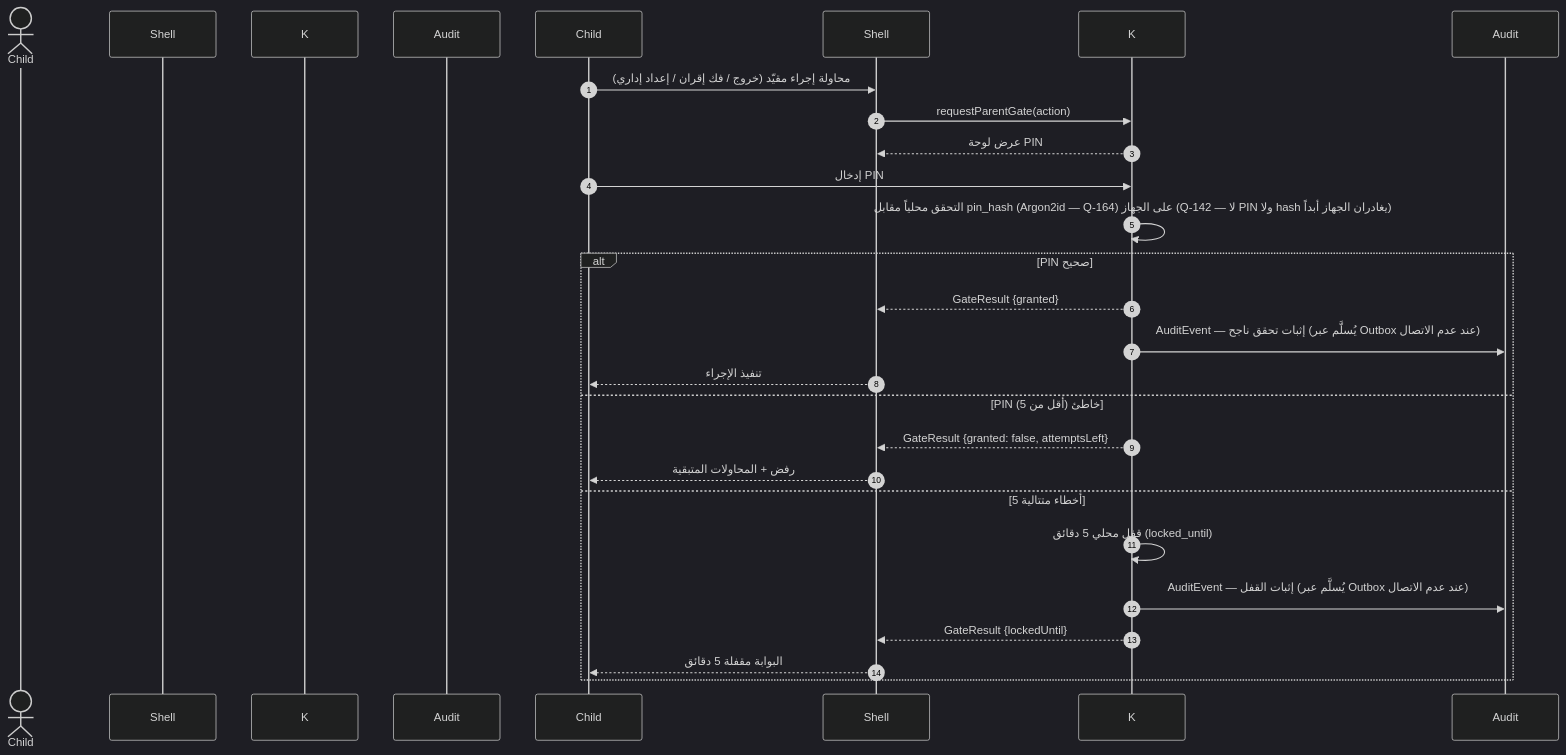
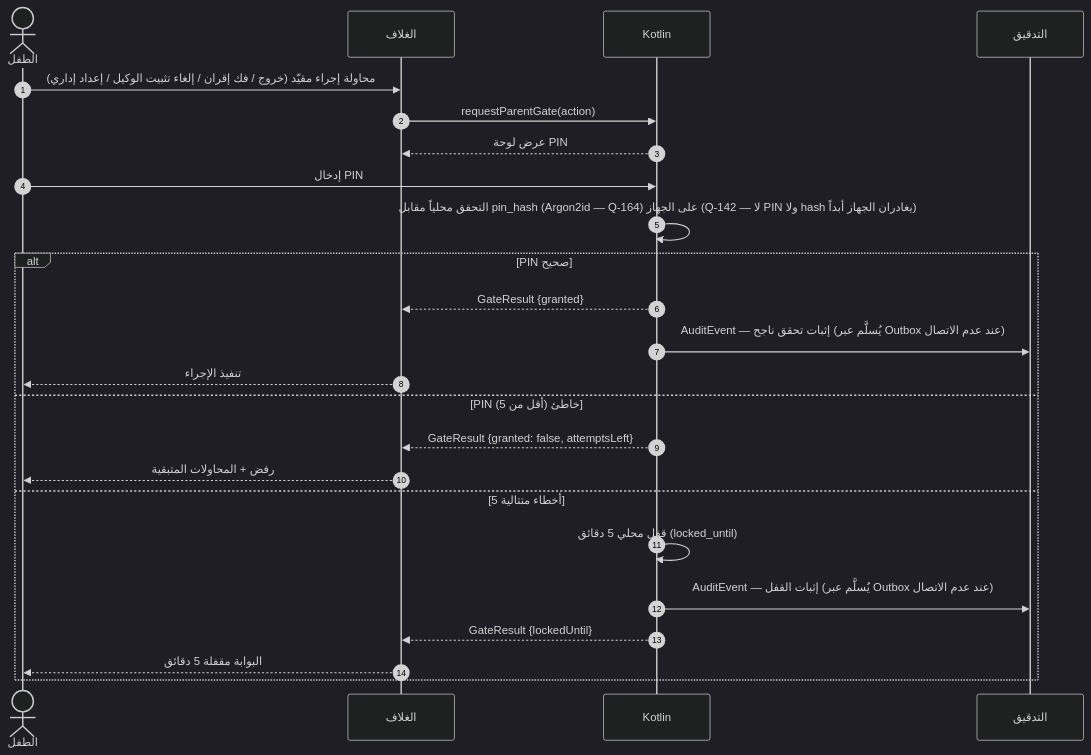
The fourth of 13 diagrams in docs/family-os/governance/phases/phase-1/S1-01-app-shell-and-platform/DIAGRAMS.md (Bassam-mohammed-alqaeadi/family-os-v2), drawn with Mermaid (dark theme) before and after one commit. The commit also changed other lines of this file and 10 other files, not shown here.

Commit message:
إغلاق المراجعة الشاملة R1–R5 (Q-196…Q-231) — المخططات DIAGRAMS + خريطة السياق (2/4)

````diff
--- a/docs/family-os/governance/phases/phase-1/S1-01-app-shell-and-platform/DIAGRAMS.md
+++ b/docs/family-os/governance/phases/phase-1/S1-01-app-shell-and-platform/DIAGRAMS.md
@@ -166,26 +172,26 @@
 ```mermaid
 sequenceDiagram
     autonumber
-    actor الطفل as Child
-    participant الغلاف as Shell
-    participant Kotlin as K
-    participant التدقيق as Audit
-    Child->>Shell: محاولة إجراء مقيّد (خروج / فك إقران / إعداد إداري)
+    actor Child as الطفل
+    participant Shell as الغلاف
+    participant K as Kotlin
+    participant Audit as التدقيق
+    Child->>Shell: محاولة إجراء مقيّد (خروج / فك إقران / إلغاء تثبيت الوكيل / إعداد إداري)
     Shell->>K: requestParentGate(action)
     K-->>Shell: عرض لوحة PIN
     Child->>K: إدخال PIN
     K->>K: التحقق محلياً مقابل pin_hash (Argon2id — Q-164) على الجهاز (Q-142 — لا PIN ولا hash يغادران الجهاز أبداً)
     alt PIN صحيح
         K-->>Shell: GateResult {granted}
         K->>Audit: AuditEvent — إثبات تحقق ناجح (يُسلَّم عبر Outbox عند عدم الاتصال)
         Shell-->>Child: تنفيذ الإجراء
     else PIN خاطئ (أقل من 5)
         K-->>Shell: GateResult {granted: false, attemptsLeft}
         Shell-->>Child: رفض + المحاولات المتبقية
     else 5 أخطاء متتالية
         K->>K: قفل محلي 5 دقائق (locked_until)
         K->>Audit: AuditEvent — إثبات القفل (يُسلَّم عبر Outbox عند عدم الاتصال)
         K-->>Shell: GateResult {lockedUntil}
         Shell-->>Child: البوابة مقفلة 5 دقائق
     end
 ```
````
